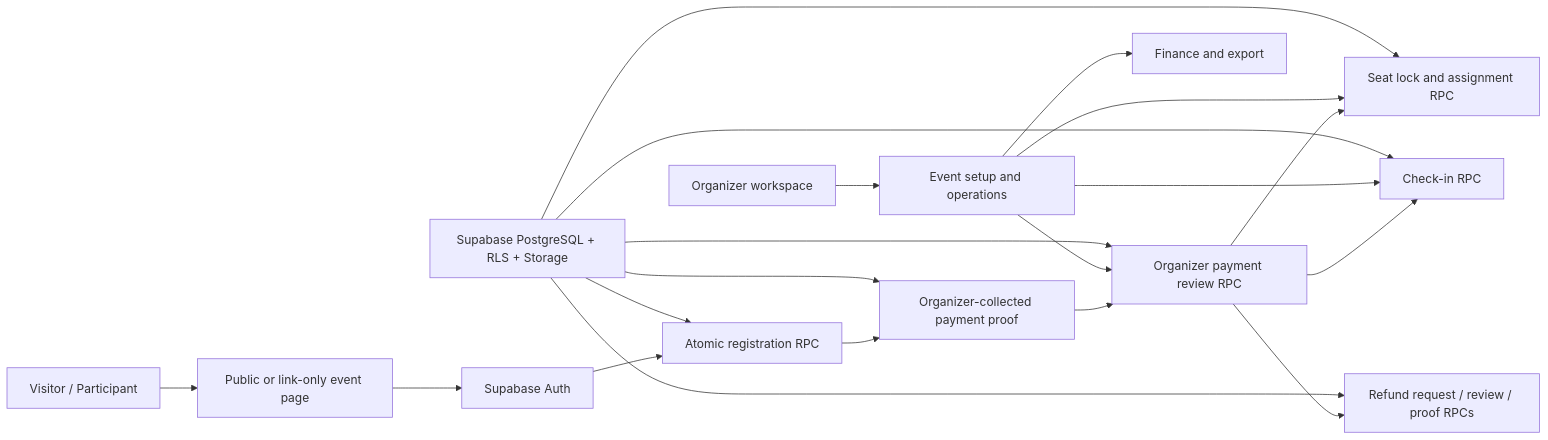
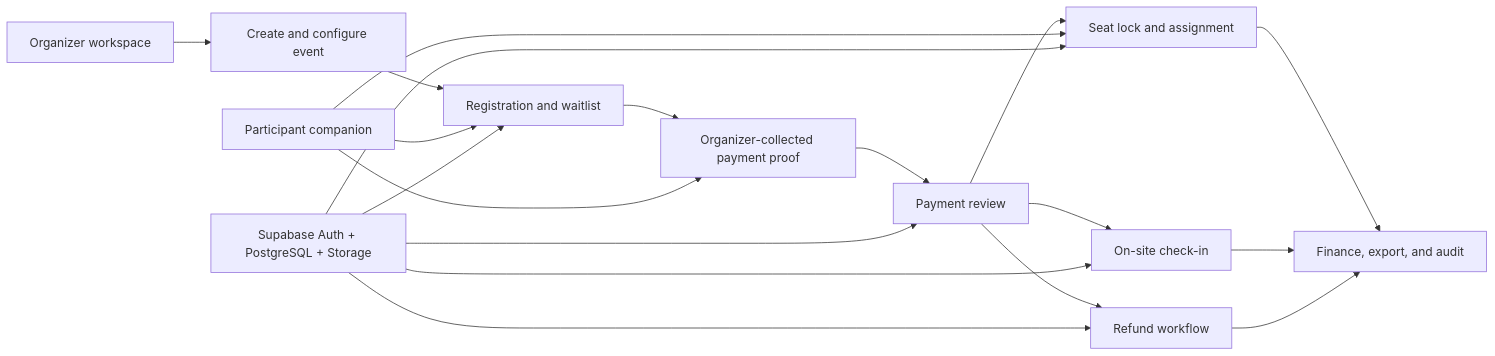
The diagram in README.md (moirakk/GatherUp), drawn with Mermaid before and after one commit. The commit also changed other lines of this file and 1 other file, not shown here.

````diff
--- a/README.md
+++ b/README.md
@@ -40,24 +38,23 @@
 ```mermaid
 flowchart LR
-  Visitor["Visitor / Participant"] --> PublicEvent["Public or link-only event page"]
-  PublicEvent --> Auth["Supabase Auth"]
-  Auth --> Registration["Atomic registration RPC"]
+  Organizer["Organizer workspace"] --> Event["Create and configure event"]
+  Event --> Registration["Registration and waitlist"]
   Registration --> Payment["Organizer-collected payment proof"]
-  Payment --> Review["Organizer payment review RPC"]
-  Review --> Seat["Seat lock and assignment RPC"]
-  Review --> CheckIn["Check-in RPC"]
-  Review --> Refund["Refund request / review / proof RPCs"]
+  Payment --> Review["Payment review"]
+  Review --> Seat["Seat lock and assignment"]
+  Review --> CheckIn["On-site check-in"]
+  Review --> Refund["Refund workflow"]
+  Seat --> Finance["Finance, export, and audit"]
+  CheckIn --> Finance
+  Refund --> Finance
 
-  Organizer["Organizer workspace"] --> EventOps["Event setup and operations"]
-  EventOps --> Review
-  EventOps --> Seat
-  EventOps --> CheckIn
-  EventOps --> Finance["Finance and export"]
+  Participant["Participant companion"] --> Registration
+  Participant --> Payment
+  Participant --> Seat
 
-  Supabase["Supabase PostgreSQL + RLS + Storage"] --> Registration
-  Supabase --> Payment
+  Supabase["Supabase Auth + PostgreSQL + Storage"] --> Registration
   Supabase --> Review
   Supabase --> Seat
   Supabase --> CheckIn
   Supabase --> Refund
 ```
````
